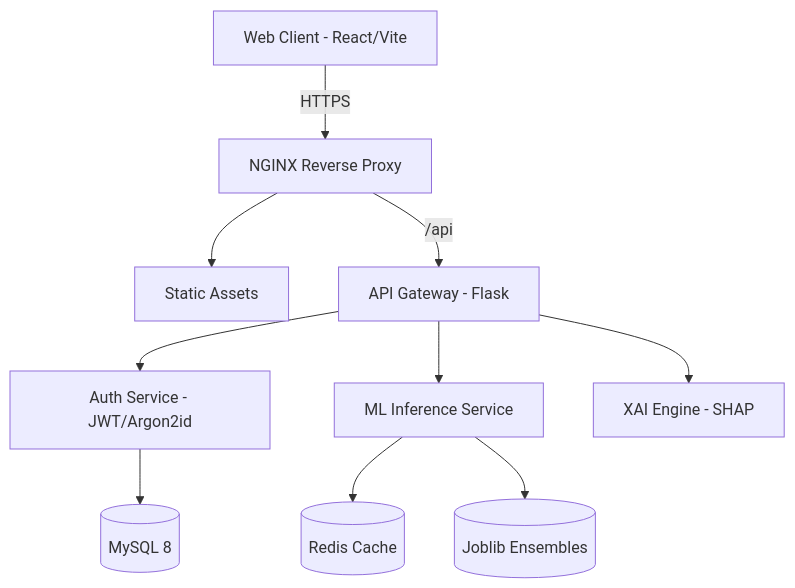
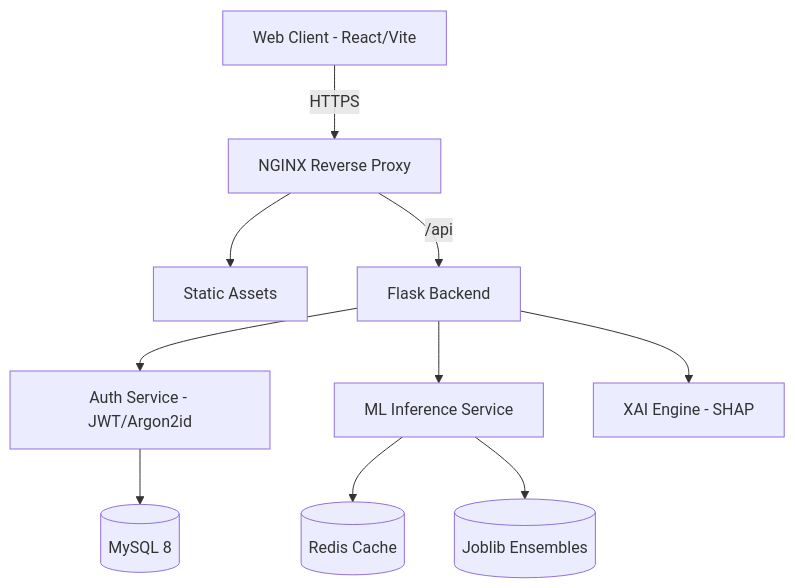
The diagram in README.md (JagabattulaKarthikeya-1227/FraudShield-AI), drawn with Mermaid before and after one commit. The commit also changed other lines of this file and 21 other files, not shown here.

````diff
--- a/README.md
+++ b/README.md
@@ -50,13 +50,13 @@
 ```mermaid
 graph TD
     Client[Web Client - React/Vite] -->|HTTPS| Proxy[NGINX Reverse Proxy]
     Proxy --> Frontend[Static Assets]
-    Proxy -->|/api| Gateway[API Gateway - Flask]
+    Proxy -->|/api| Gateway[Flask Backend]
     Gateway --> Auth[Auth Service - JWT/Argon2id]
     Gateway --> Inference[ML Inference Service]
     Gateway --> Explain[XAI Engine - SHAP]
     
     Inference --> Redis[(Redis Cache)]
     Auth --> MySQL[(MySQL 8)]
     Inference --> Model[(Joblib Ensembles)]
 ```
````
